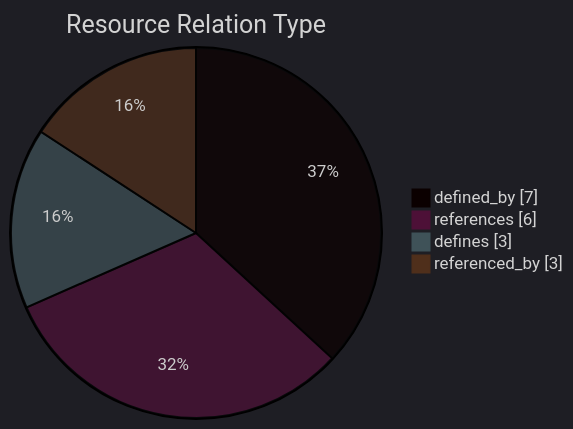
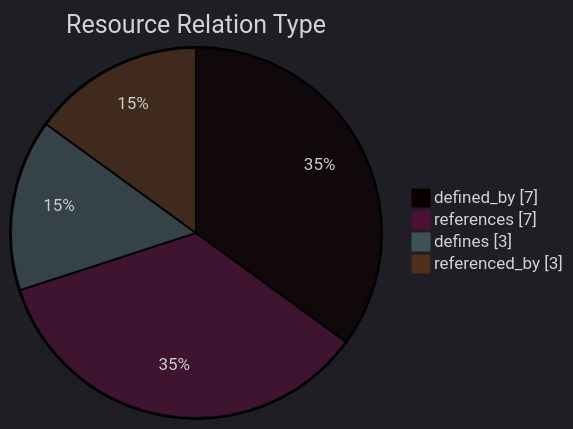
One commit to open-data/analytics-corporate-reporting changed the diagram in datastore_tracker/resource_relation_type_pie_chart.md. Above: the diagram before and after it, drawn with Mermaid. The commit also changed 15 other files, not shown here.

````diff
--- a/datastore_tracker/resource_relation_type_pie_chart.md
+++ b/datastore_tracker/resource_relation_type_pie_chart.md
@@ -2,11 +2,11 @@
 ```mermaid
 ---
 config:
   theme: dark
 ---
 pie showData title Resource Relation Type
     "defined_by": 7
-    "references": 6
+    "references": 7
     "defines": 3
     "referenced_by": 3
 ```
````
